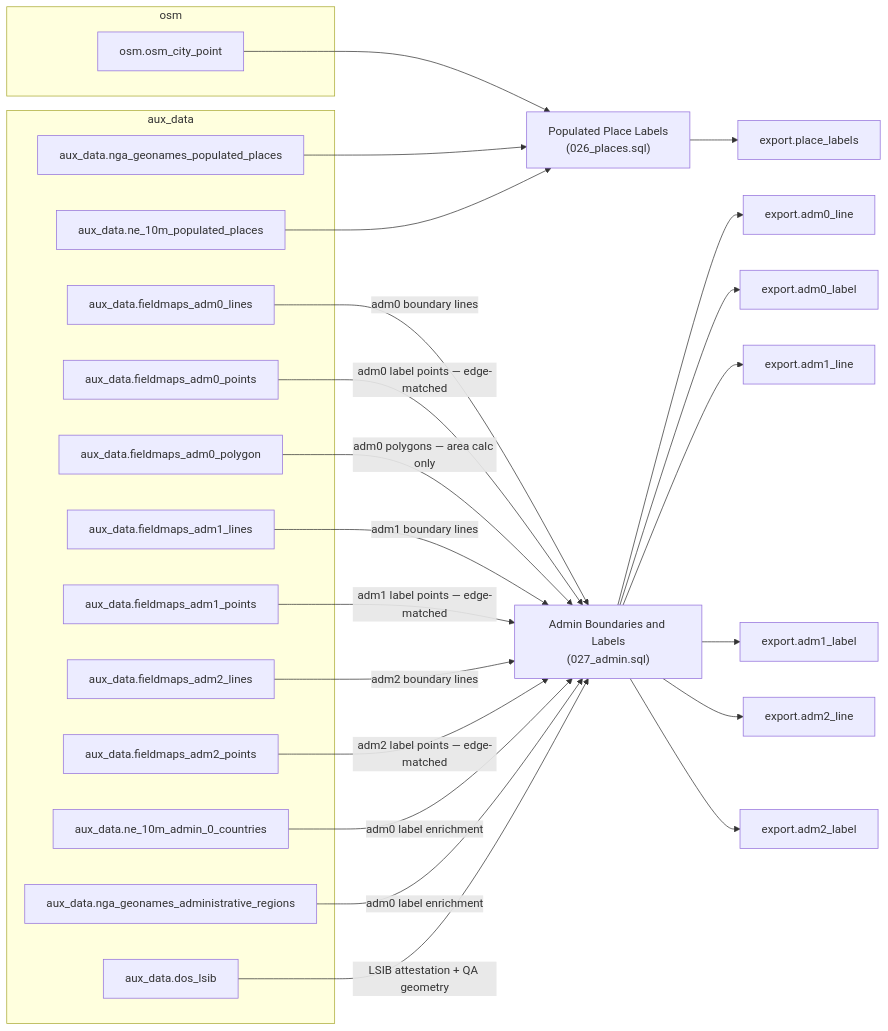
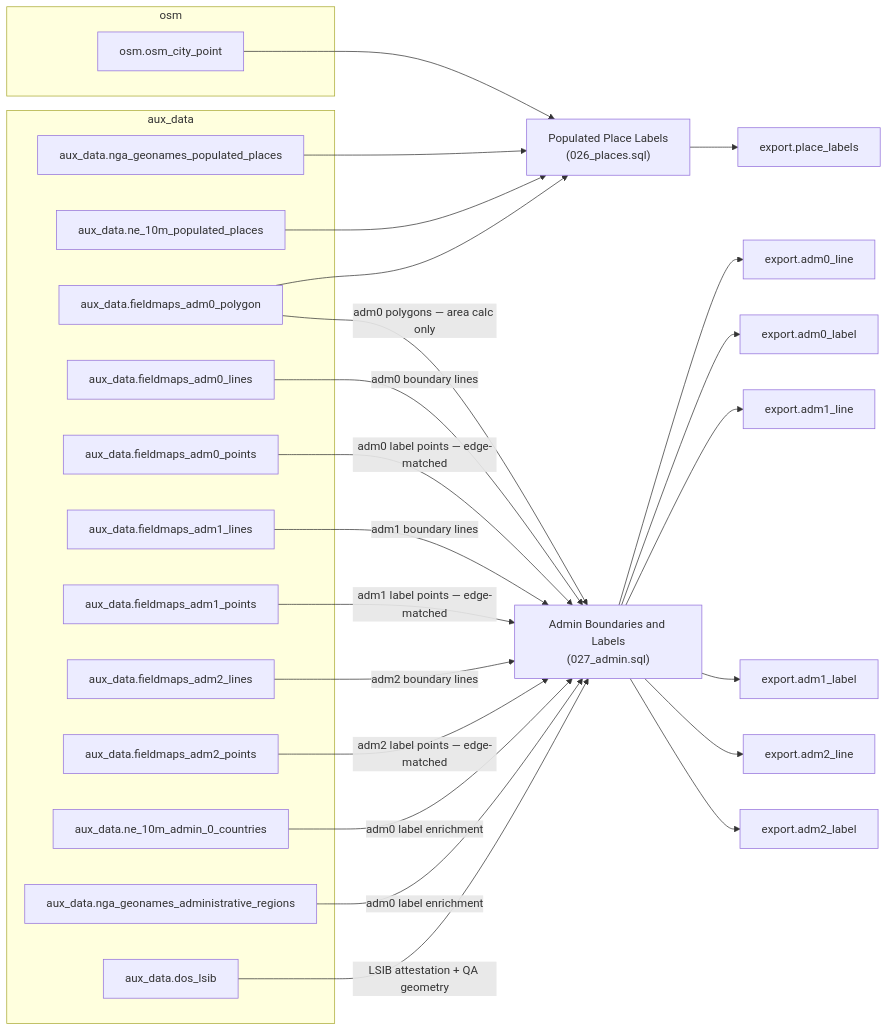
Before and after one commit to ReleasableBasemapTiles/abt: the fourth of 10 diagrams in docs/schema/database.md, drawn with Mermaid. The commit also changed other lines of this file and 9 other files, not shown here.

First line of the commit message:
feat(schema): rank country labels and hold capitals for their country

````diff
--- a/docs/schema/database.md
+++ b/docs/schema/database.md
@@ -238,49 +238,50 @@
 ```mermaid
 flowchart LR
     subgraph src_osm ["osm"]
         osm_osm_city_point["osm.osm_city_point"]
     end
     subgraph src_aux ["aux_data"]
         aux_data_nga_geonames_populated_places["aux_data.nga_geonames_populated_places"]
         aux_data_ne_10m_populated_places["aux_data.ne_10m_populated_places"]
+        aux_data_fieldmaps_adm0_polygon["aux_data.fieldmaps_adm0_polygon"]
         aux_data_fieldmaps_adm0_lines["aux_data.fieldmaps_adm0_lines"]
         aux_data_fieldmaps_adm0_points["aux_data.fieldmaps_adm0_points"]
-        aux_data_fieldmaps_adm0_polygon["aux_data.fieldmaps_adm0_polygon"]
         aux_data_fieldmaps_adm1_lines["aux_data.fieldmaps_adm1_lines"]
         aux_data_fieldmaps_adm1_points["aux_data.fieldmaps_adm1_points"]
         aux_data_fieldmaps_adm2_lines["aux_data.fieldmaps_adm2_lines"]
         aux_data_fieldmaps_adm2_points["aux_data.fieldmaps_adm2_points"]
         aux_data_ne_10m_admin_0_countries["aux_data.ne_10m_admin_0_countries"]
         aux_data_nga_geonames_administrative_regions["aux_data.nga_geonames_administrative_regions"]
         aux_data_dos_lsib["aux_data.dos_lsib"]
     end
     script_026_places["Populated Place Labels<br/>(026_places.sql)"]
     osm_osm_city_point --> script_026_places
     aux_data_nga_geonames_populated_places --> script_026_places
     aux_data_ne_10m_populated_places --> script_026_places
+    aux_data_fieldmaps_adm0_polygon --> script_026_places
     export_place_labels["export.place_labels"]
     script_026_places --> export_place_labels
     script_027_admin["Admin Boundaries and Labels<br/>(027_admin.sql)"]
     aux_data_fieldmaps_adm0_lines -->|"adm0 boundary lines"| script_027_admin
     aux_data_fieldmaps_adm0_points -->|"adm0 label points — edge-matched"| script_027_admin
     aux_data_fieldmaps_adm0_polygon -->|"adm0 polygons — area calc only"| script_027_admin
     aux_data_fieldmaps_adm1_lines -->|"adm1 boundary lines"| script_027_admin
     aux_data_fieldmaps_adm1_points -->|"adm1 label points — edge-matched"| script_027_admin
     aux_data_fieldmaps_adm2_lines -->|"adm2 boundary lines"| script_027_admin
     aux_data_fieldmaps_adm2_points -->|"adm2 label points — edge-matched"| script_027_admin
     aux_data_ne_10m_admin_0_countries -->|"adm0 label enrichment"| script_027_admin
     aux_data_nga_geonames_administrative_regions -->|"adm0 label enrichment"| script_027_admin
     aux_data_dos_lsib -->|"LSIB attestation + QA geometry"| script_027_admin
     export_adm0_line["export.adm0_line"]
     script_027_admin --> export_adm0_line
     export_adm0_label["export.adm0_label"]
     script_027_admin --> export_adm0_label
     export_adm1_line["export.adm1_line"]
     script_027_admin --> export_adm1_line
     export_adm1_label["export.adm1_label"]
     script_027_admin --> export_adm1_label
     export_adm2_line["export.adm2_line"]
     script_027_admin --> export_adm2_line
     export_adm2_label["export.adm2_label"]
     script_027_admin --> export_adm2_label
 ```
````
